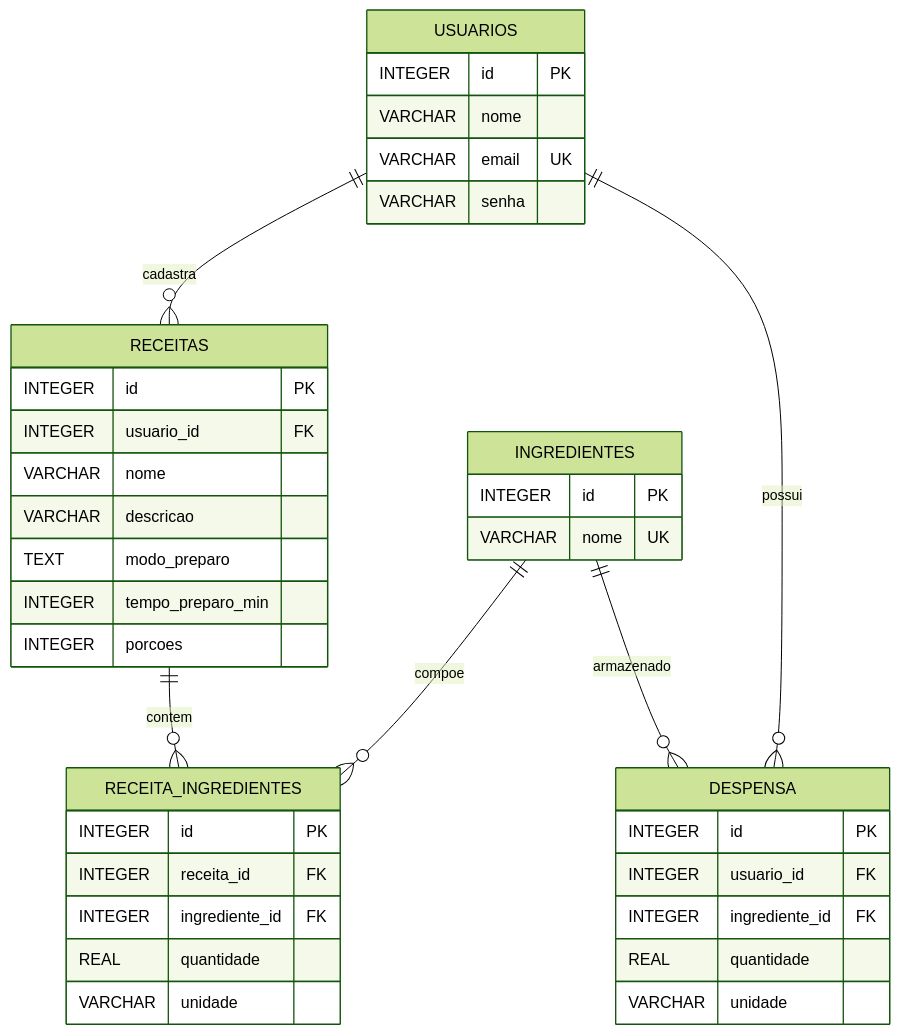
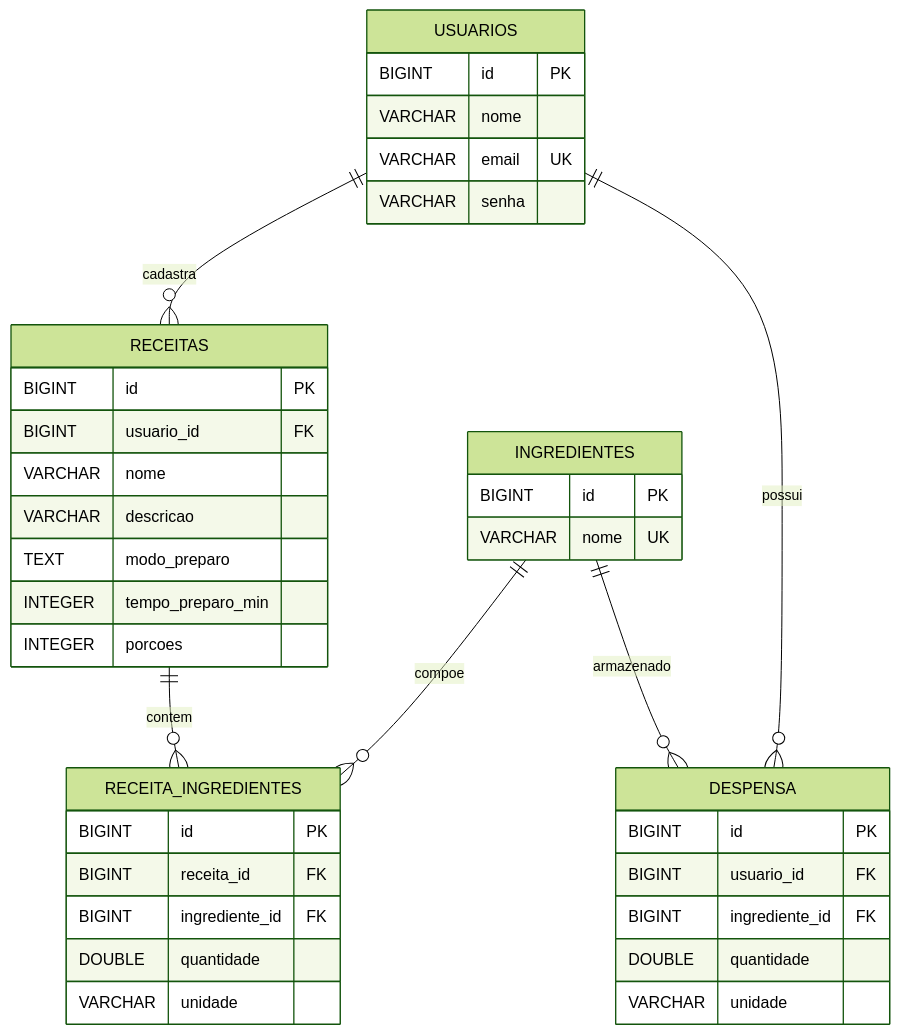
The diagram in docs/MODELAGEM.md (LeoDG20/cozinha-em-dia), drawn with Mermaid (forest theme) before and after one commit. The commit also changed other lines of this file and 20 other files, not shown here.

````diff
--- a/docs/MODELAGEM.md
+++ b/docs/MODELAGEM.md
@@ -5,42 +5,42 @@
 ```mermaid
 erDiagram
     USUARIOS ||--o{ RECEITAS : cadastra
     RECEITAS ||--o{ RECEITA_INGREDIENTES : contem
     INGREDIENTES ||--o{ RECEITA_INGREDIENTES : compoe
     USUARIOS ||--o{ DESPENSA : possui
     INGREDIENTES ||--o{ DESPENSA : armazenado
 
     USUARIOS {
-      INTEGER id PK
+      BIGINT id PK
       VARCHAR nome
       VARCHAR email UK
       VARCHAR senha
     }
     RECEITAS {
-      INTEGER id PK
-      INTEGER usuario_id FK
+      BIGINT id PK
+      BIGINT usuario_id FK
       VARCHAR nome
       VARCHAR descricao
       TEXT modo_preparo
       INTEGER tempo_preparo_min
       INTEGER porcoes
     }
     INGREDIENTES {
-      INTEGER id PK
+      BIGINT id PK
       VARCHAR nome UK
     }
     RECEITA_INGREDIENTES {
-      INTEGER id PK
-      INTEGER receita_id FK
-      INTEGER ingrediente_id FK
-      REAL quantidade
+      BIGINT id PK
+      BIGINT receita_id FK
+      BIGINT ingrediente_id FK
+      DOUBLE quantidade
       VARCHAR unidade
     }
     DESPENSA {
-      INTEGER id PK
-      INTEGER usuario_id FK
-      INTEGER ingrediente_id FK
-      REAL quantidade
+      BIGINT id PK
+      BIGINT usuario_id FK
+      BIGINT ingrediente_id FK
+      DOUBLE quantidade
       VARCHAR unidade
     }
 ```
````
